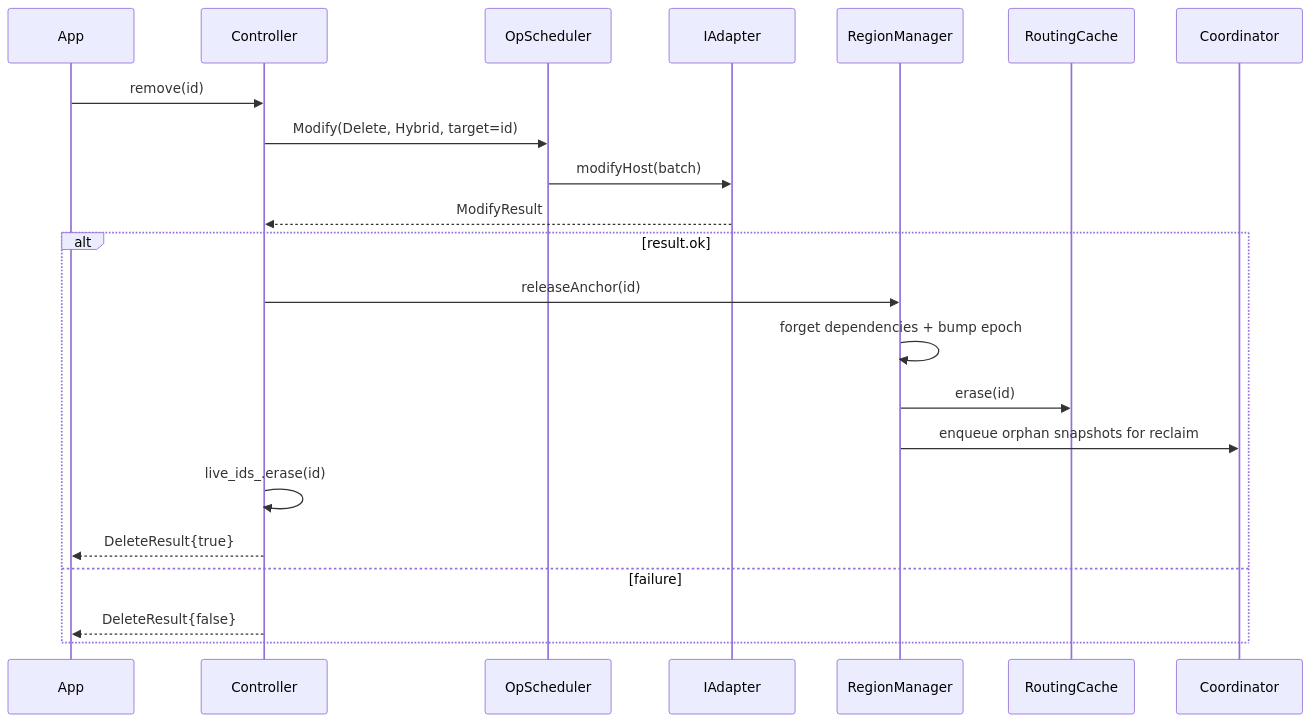
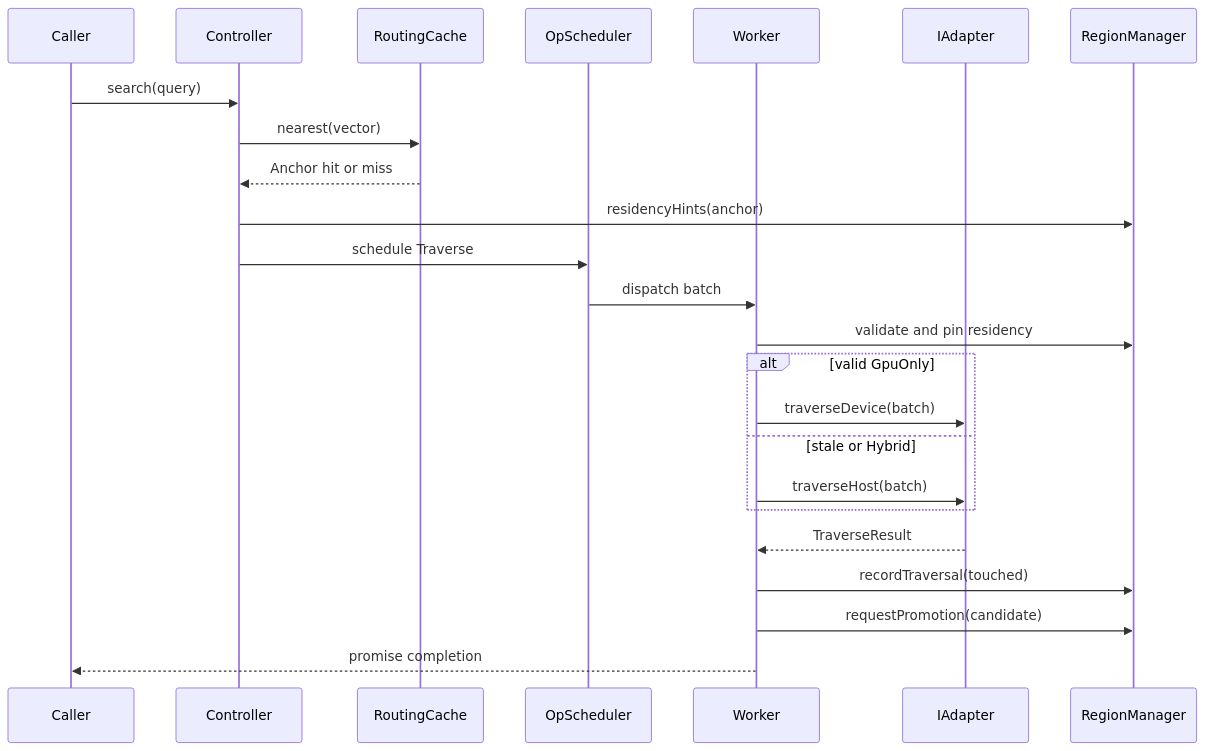
Before and after one commit to sjoon-oh/arachne-impl: the fourth of 13 diagrams in cpp/doc/code-documentation-v3.md, drawn with Mermaid. The commit also changed other lines of this file and 29 other files, not shown here.

````diff
--- a/cpp/doc/code-documentation-v3.md
+++ b/cpp/doc/code-documentation-v3.md
@@ -754,25 +251,27 @@
 ```mermaid
 sequenceDiagram
-    participant App
+    participant U as Caller
     participant C as Controller
+    participant R as RoutingCache
     participant S as OpScheduler
+    participant W as Worker
     participant A as IAdapter
-    participant RM as RegionManager
-    participant RC as RoutingCache
-    participant CO as Coordinator
+    participant M as RegionManager
 
-    App->>C: remove(id)
-    C->>S: Modify(Delete, Hybrid, target=id)
-    S->>A: modifyHost(batch)
-    A-->>C: ModifyResult
-    alt result.ok
-        C->>RM: releaseAnchor(id)
-        RM->>RM: forget dependencies + bump epoch
-        RM->>RC: erase(id)
-        RM->>CO: enqueue orphan snapshots for reclaim
-        C->>C: live_ids_.erase(id)
-        C-->>App: DeleteResult{true}
-    else failure
-        C-->>App: DeleteResult{false}
+    U->>C: search(query)
+    C->>R: nearest(vector)
+    R-->>C: Anchor hit or miss
+    C->>M: residencyHints(anchor)
+    C->>S: schedule Traverse
+    S->>W: dispatch batch
+    W->>M: validate and pin residency
+    alt valid GpuOnly
+        W->>A: traverseDevice(batch)
+    else stale or Hybrid
+        W->>A: traverseHost(batch)
     end
+    A-->>W: TraverseResult
+    W->>M: recordTraversal(touched)
+    W->>M: requestPromotion(candidate)
+    W-->>U: promise completion
 ```
````
